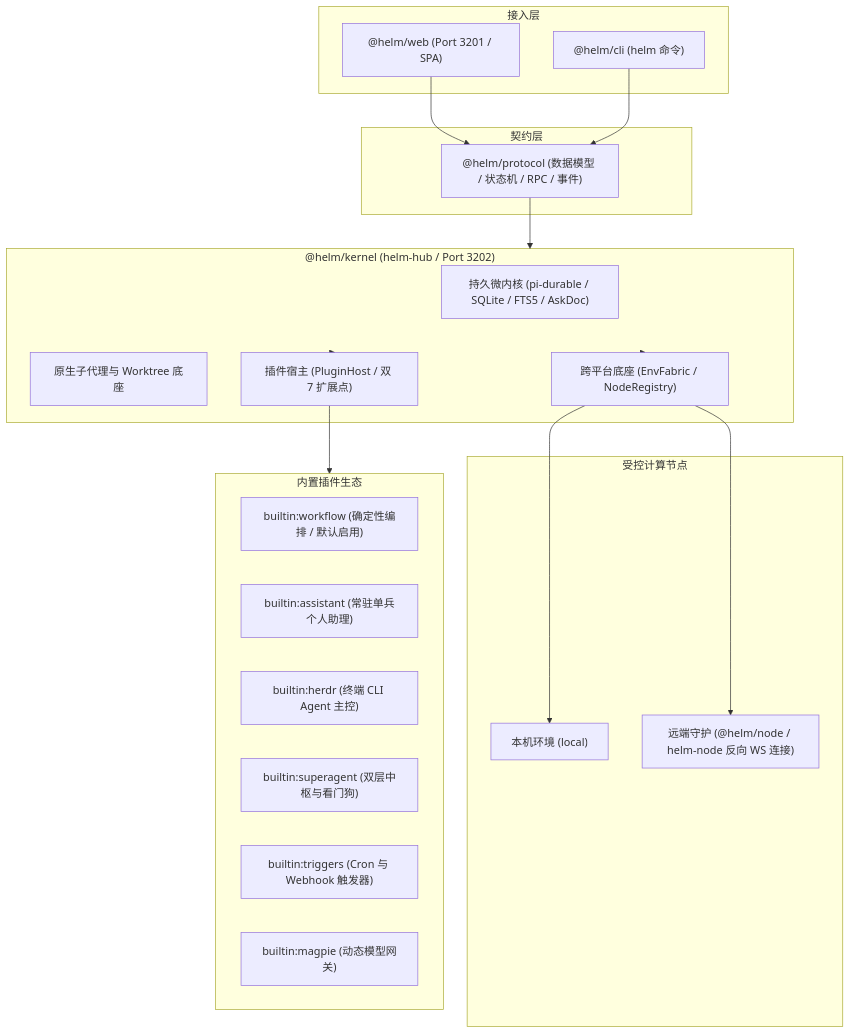
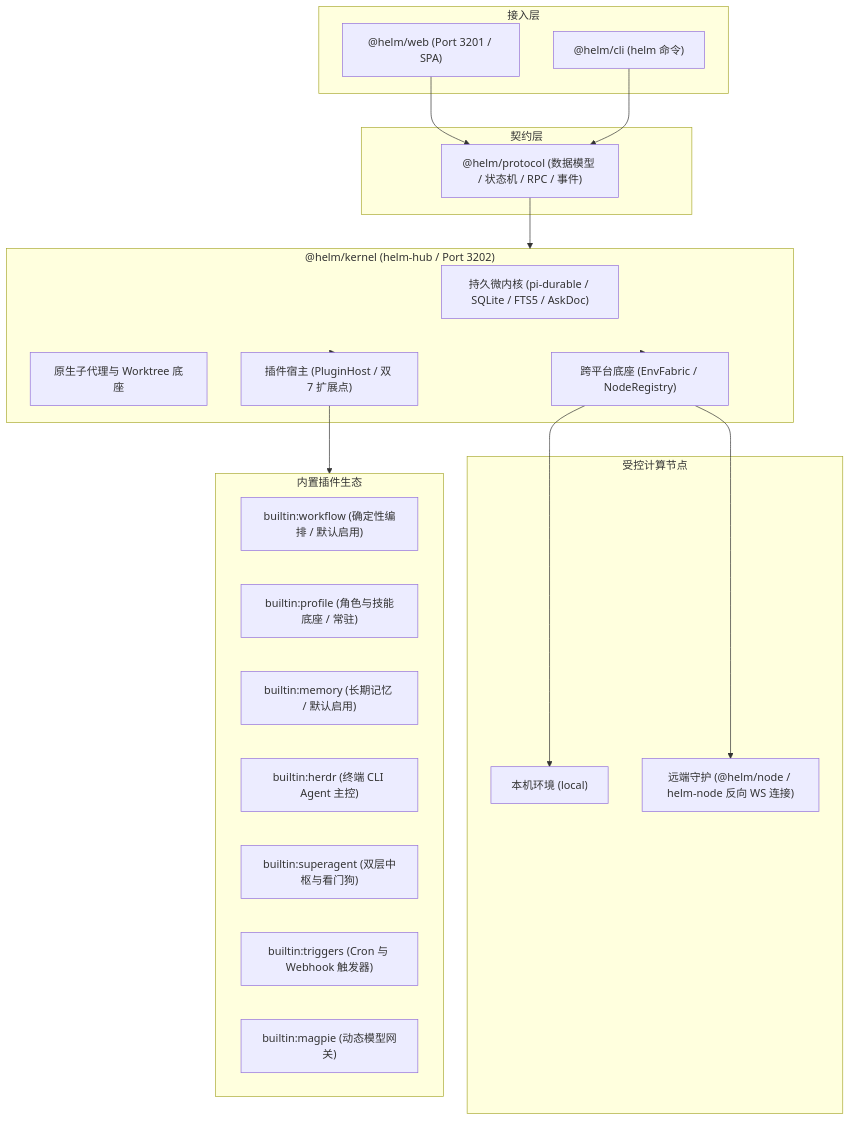
The diagram in README.md (team4u/helm), drawn with Mermaid before and after one commit. The commit also changed other lines of this file and 90 other files, not shown here.

````diff
--- a/README.md
+++ b/README.md
@@ -51,41 +51,42 @@
 ```mermaid
 flowchart TD
     subgraph Client["接入层"]
         Web["@helm/web (Port 3201 / SPA)"]
         CLI["@helm/cli (helm 命令)"]
     end
 
     subgraph Protocol["契约层"]
         Prot["@helm/protocol (数据模型 / 状态机 / RPC / 事件)"]
     end
 
     subgraph Kernel["@helm/kernel (helm-hub / Port 3202)"]
         Durable["持久微内核 (pi-durable / SQLite / FTS5 / AskDoc)"]
         Spawn["原生子代理与 Worktree 底座"]
         Fabric["跨平台底座 (EnvFabric / NodeRegistry)"]
         Host["插件宿主 (PluginHost / 双 7 扩展点)"]
     end
 
     subgraph Nodes["受控计算节点"]
         Local["本机环境 (local)"]
         Remote["远端守护 (@helm/node / helm-node 反向 WS 连接)"]
     end
 
     subgraph Plugins["内置插件生态"]
         P0["builtin:workflow (确定性编排 / 默认启用)"]
-        P1["builtin:assistant (常驻单兵个人助理)"]
+        P1["builtin:profile (角色与技能底座 / 常驻)"]
+        P1M["builtin:memory (长期记忆 / 默认启用)"]
         P2["builtin:herdr (终端 CLI Agent 主控)"]
         P3["builtin:superagent (双层中枢与看门狗)"]
         P4["builtin:triggers (Cron 与 Webhook 触发器)"]
         P5["builtin:magpie (动态模型网关)"]
     end
 
     Web --> Prot
     CLI --> Prot
     Prot --> Kernel
     Kernel --> Fabric
     Fabric --> Local
     Fabric --> Remote
     Kernel --> Host
     Host --> Plugins
 ```
````
